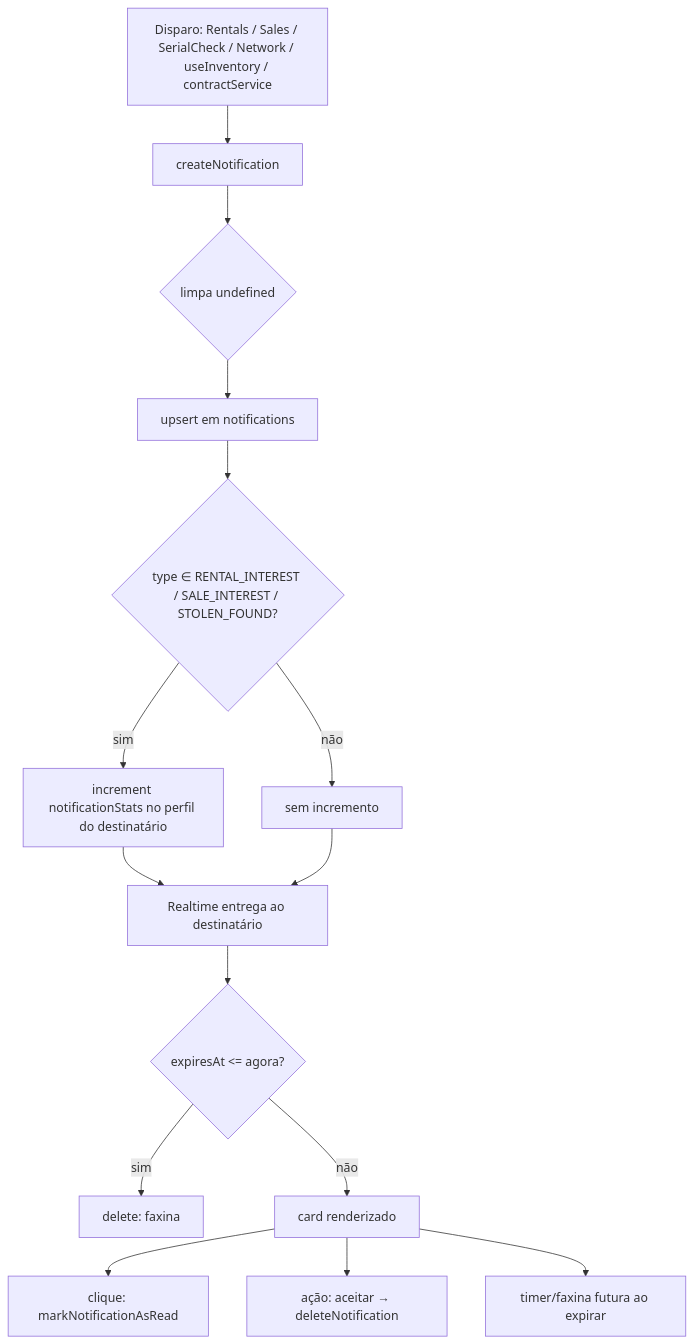
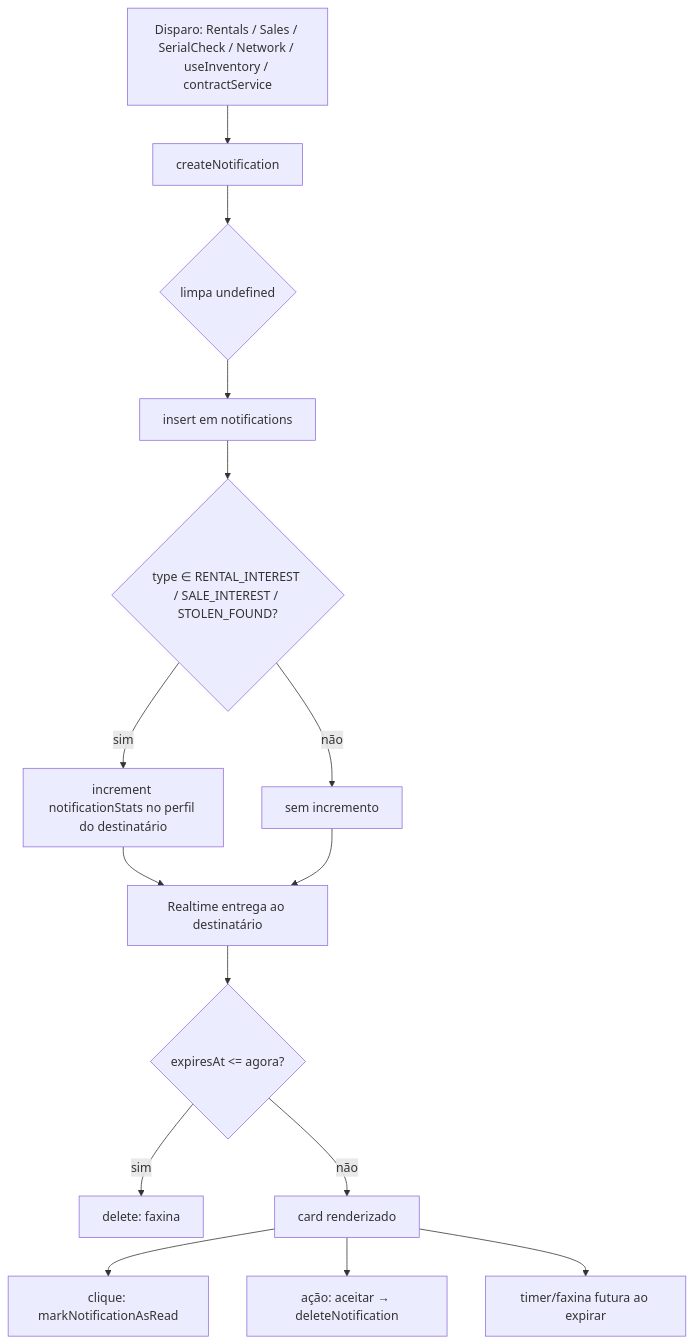
The second of 2 diagrams in docs/features/notifications.md (oziaudiovisual/cinesafe), drawn with Mermaid before and after one commit. The commit also changed other lines of this file and 1 other file, not shown here.

First line of the commit message:
fix(notificações): createNotification usa insert() em vez de upsert()

````diff
--- a/docs/features/notifications.md
+++ b/docs/features/notifications.md
@@ -253,17 +254,17 @@
 ```mermaid
 flowchart TD
     A[Disparo: Rentals / Sales / SerialCheck / Network / useInventory / contractService] --> B[createNotification]
     B --> C{limpa undefined}
-    C --> D[upsert em notifications]
+    C --> D[insert em notifications]
     D --> E{type ∈ RENTAL_INTEREST / SALE_INTEREST / STOLEN_FOUND?}
     E -- sim --> F[increment notificationStats no perfil do destinatário]
     E -- não --> G[sem incremento]
     F --> H[Realtime entrega ao destinatário]
     G --> H
     H --> I{expiresAt <= agora?}
     I -- sim --> J[delete: faxina]
     I -- não --> K[card renderizado]
     K --> L[clique: markNotificationAsRead]
     K --> M[ação: aceitar → deleteNotification]
     K --> N[timer/faxina futura ao expirar]
 ```
````
